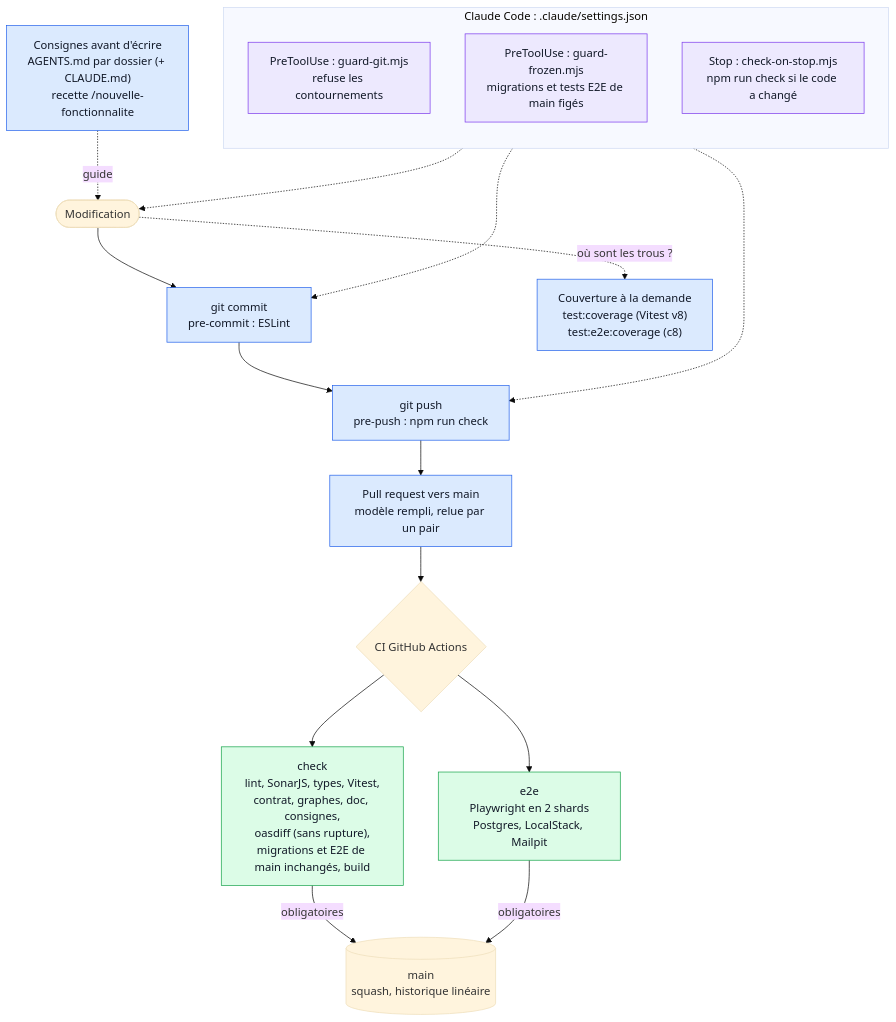
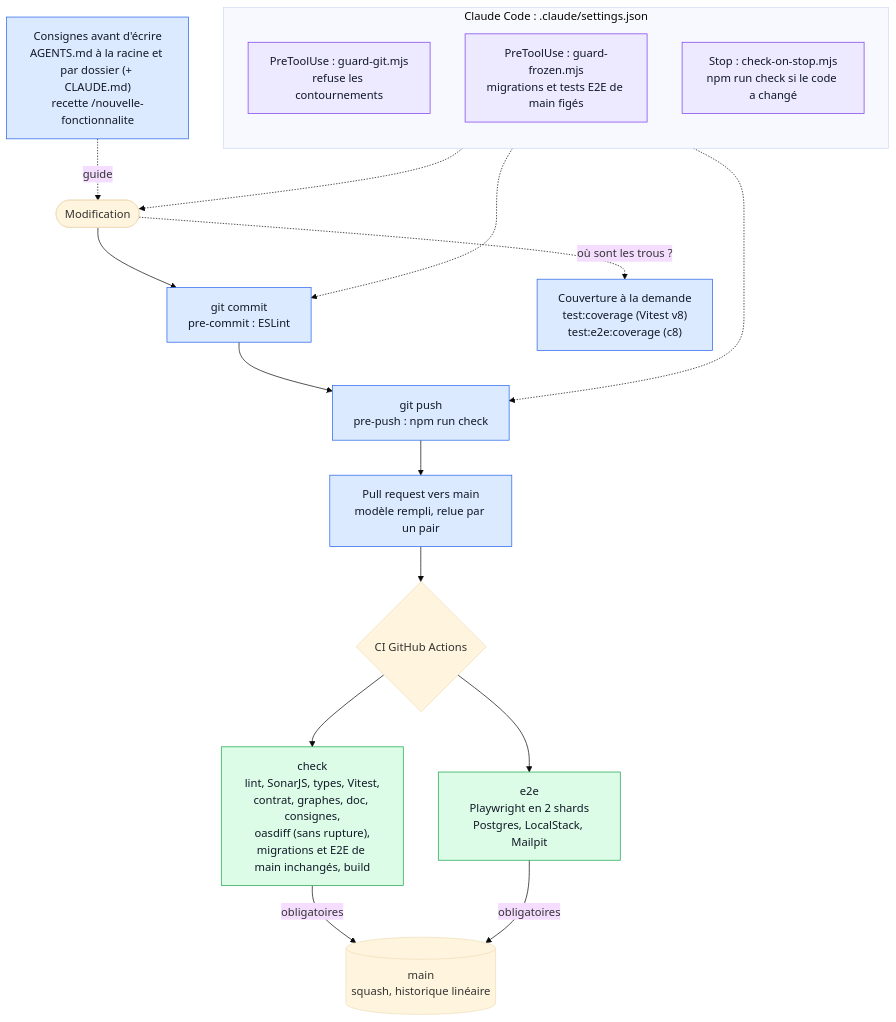
One commit to 2-MORGAN/expense-io changed the diagram in docs/architecture/vues/harnais.mmd. Above: the diagram before and after it, drawn with Mermaid (base theme). The commit also changed 52 other files, not shown here.

First line of the commit message:
docs(harnais): consignes racine dans AGENTS.md, CLAUDE.md les importe

```diff
--- a/docs/architecture/vues/harnais.mmd
+++ b/docs/architecture/vues/harnais.mmd
@@ -1,37 +1,37 @@
 flowchart TB
   %% Vue écrite à la main : la modifier ici, npm run generate:architecture la recopie dans docs/index.html.
-  %% À tenir à jour avec le code (CLAUDE.md, « Documentation développeur »).
+  %% À tenir à jour avec le code (AGENTS.md, « Documentation développeur »).
 
-  guide["Consignes avant d'écrire<br/>AGENTS.md par dossier (+ CLAUDE.md)<br/>recette /nouvelle-fonctionnalite"]
+  guide["Consignes avant d'écrire<br/>AGENTS.md à la racine et par dossier (+ CLAUDE.md)<br/>recette /nouvelle-fonctionnalite"]
   change(["Modification"])
   commit["git commit<br/>pre-commit : ESLint"]
   push["git push<br/>pre-push : npm run check"]
   pr["Pull request vers main<br/>modèle rempli, relue par un pair"]
   ci{"CI GitHub Actions"}
   checkJob["check<br/>lint, SonarJS, types, Vitest,<br/>contrat, graphes, doc, consignes,<br/>oasdiff (sans rupture),<br/>migrations et E2E de main inchangés, build"]
   e2eJob["e2e<br/>Playwright en 2 shards<br/>Postgres, LocalStack, Mailpit"]
   mainBranch[("main<br/>squash, historique linéaire")]
   coverage["Couverture à la demande<br/>test:coverage (Vitest v8)<br/>test:e2e:coverage (c8)"]
 
   subgraph claude["Claude Code : .claude/settings.json"]
     direction TB
     guardHook["PreToolUse : guard-git.mjs<br/>refuse les contournements"]
     frozenHook["PreToolUse : guard-frozen.mjs<br/>migrations et tests E2E de main figés"]
     stopHook["Stop : check-on-stop.mjs<br/>npm run check si le code a changé"]
   end
 
   guide -.->|"guide"| change
   change --> commit --> push --> pr --> ci
   change -.->|"où sont les trous ?"| coverage
   ci --> checkJob & e2eJob
   checkJob & e2eJob -->|"obligatoires"| mainBranch
   guardHook -.-> commit
   frozenHook -.-> change
   stopHook -.-> push
 
   classDef local fill:#dbeafe,stroke:#2563eb,color:#111827
   classDef ciJob fill:#dcfce7,stroke:#16a34a,color:#111827
   classDef hook fill:#ede9fe,stroke:#7c3aed,color:#111827
   class guide,commit,push,pr,coverage local
   class checkJob,e2eJob ciJob
   class guardHook,frozenHook,stopHook hook
```
